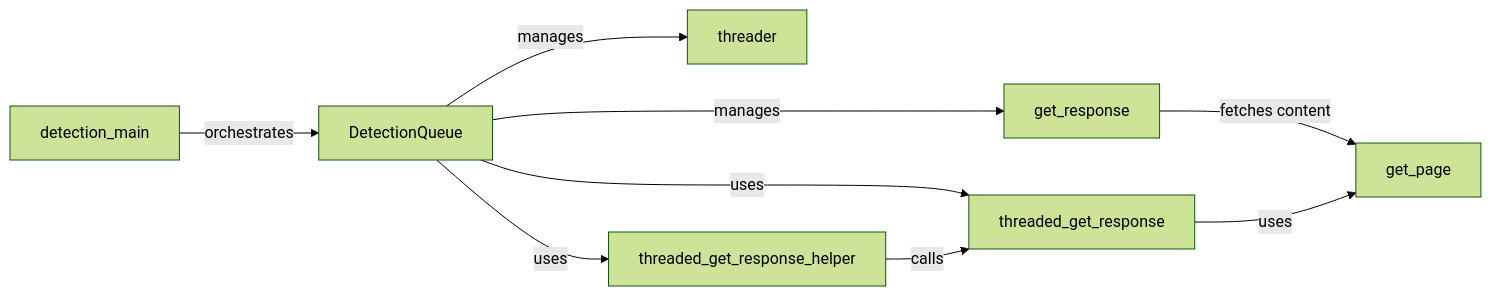
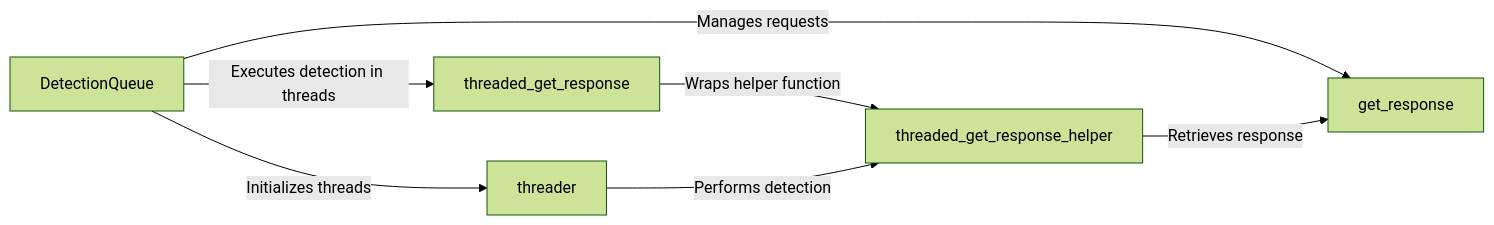
One commit to CodeBoarding/GeneratedOnBoardings changed the diagram in WhatWaf/Request Handler.md. Above: the diagram before and after it, drawn with Mermaid (forest theme). The commit also changed other lines of this file and 12 other files, not shown here.

````diff
--- a/WhatWaf/Request Handler.md
+++ b/WhatWaf/Request Handler.md
@@ -1,18 +1,14 @@
 ```mermaid
 graph LR
     DetectionQueue["DetectionQueue"]
     get_response["get_response"]
     threader["threader"]
+    threaded_get_response["threaded_get_response"]
     threaded_get_response_helper["threaded_get_response_helper"]
-    threaded_get_response["threaded_get_response"]
-    detection_main["detection_main"]
-    get_page["get_page"]
-    DetectionQueue -- "manages" --> get_response
-    DetectionQueue -- "manages" --> threader
-    DetectionQueue -- "uses" --> threaded_get_response_helper
-    DetectionQueue -- "uses" --> threaded_get_response
-    detection_main -- "orchestrates" --> DetectionQueue
-    get_response -- "fetches content" --> get_page
-    threaded_get_response -- "uses" --> get_page
-    threaded_get_response_helper -- "calls" --> threaded_get_response
+    DetectionQueue -- "Manages requests" --> get_response
+    DetectionQueue -- "Initializes threads" --> threader
+    DetectionQueue -- "Executes detection in threads" --> threaded_get_response
+    threaded_get_response -- "Wraps helper function" --> threaded_get_response_helper
+    threader -- "Performs detection" --> threaded_get_response_helper
+    threaded_get_response_helper -- "Retrieves response" --> get_response
 ```
````
